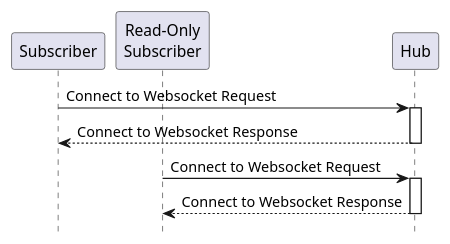
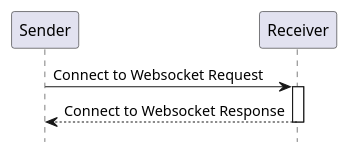
One commit to IHE/RAD.IRA changed the diagram in input/images-source/rad-x2-seq.plantuml. Above: the diagram before and after it, drawn with PlantUML. The commit also changed 1 other file, not shown here.

```diff
--- a/input/images-source/rad-x2-seq.plantuml
+++ b/input/images-source/rad-x2-seq.plantuml
@@ -1,19 +1,13 @@
 @startuml
 
 hide footbox
 
-participant "Subscriber" as Sub
-participant "Read-Only\nSubscriber" as ROSub
-participant "Hub" as Hub
+participant "Sender" as Sender
+participant "Receiver" as Receiver
 
-Sub->Hub: Connect to Websocket Request
-activate Hub
-Hub-->Sub: Connect to Websocket Response
-deactivate Hub
-
-ROSub->Hub: Connect to Websocket Request
-activate Hub
-Hub-->ROSub: Connect to Websocket Response
-deactivate Hub
+Sender->Receiver: Connect to Websocket Request
+activate Receiver
+Receiver-->Sender: Connect to Websocket Response
+deactivate Receiver
 
 @enduml
```
